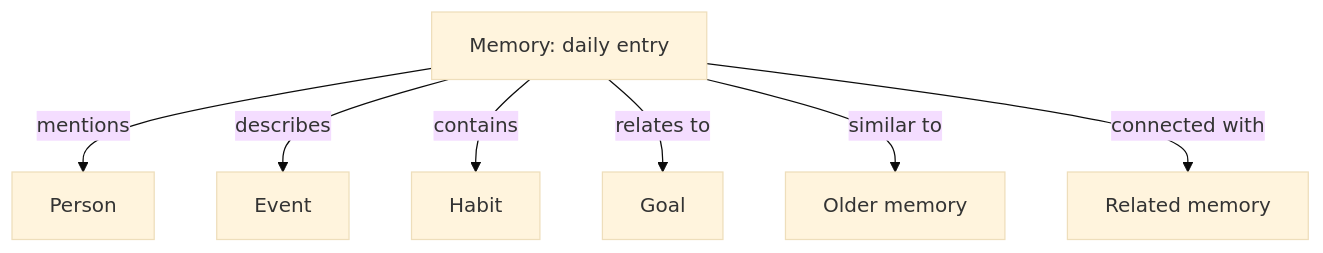
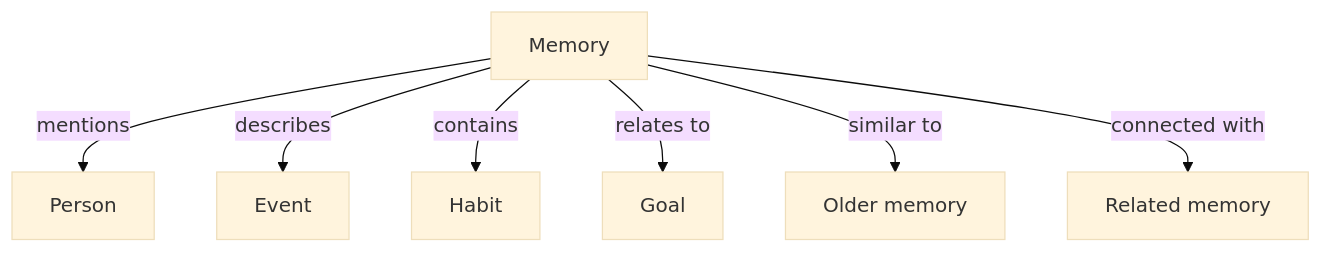
The first of 2 diagrams in canvas/architecture/knowledge-graph.md (adityavarmachandika/aham-docs), drawn with Mermaid (base theme) before and after one commit. The commit also changed other lines of this file and 5 other files, not shown here.

````diff
--- a/canvas/architecture/knowledge-graph.md
+++ b/canvas/architecture/knowledge-graph.md
@@ -5,17 +5,17 @@
 ```mermaid
 graph TD
-    M1[Memory: daily entry]
+    M1[Memory]
     P1[Person]
     E1[Event]
     H1[Habit]
     G1[Goal]
     M2[Older memory]
     M3[Related memory]
 
     M1 -->|mentions| P1
     M1 -->|describes| E1
     M1 -->|contains| H1
     M1 -->|relates to| G1
     M1 -->|similar to| M2
     M1 -->|connected with| M3
 ```
````
